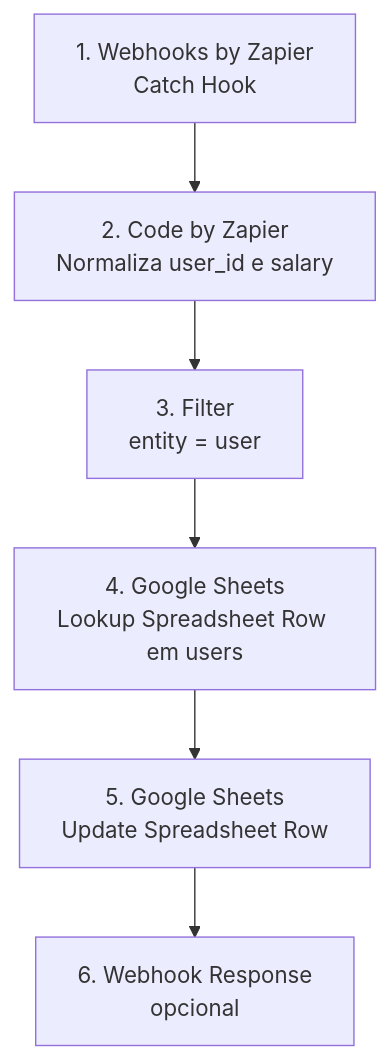
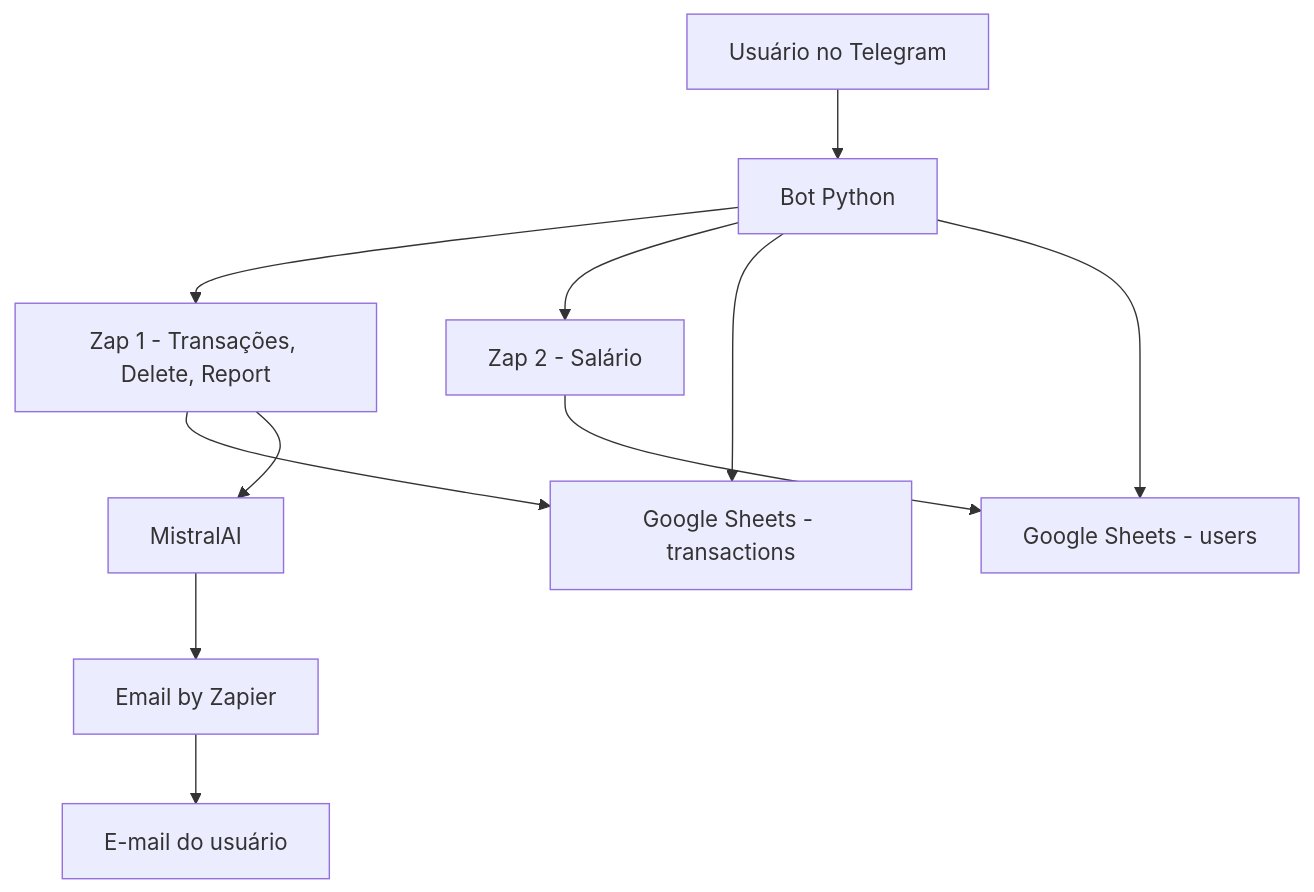
Before and after one commit to joaa0/FinLeo: the diagram in README.md, drawn with Mermaid. The commit also changed other lines of this file and 3 other files, not shown here.

````diff
--- a/README.md
+++ b/README.md
@@ -120,8 +31,13 @@
 ```mermaid
 graph TD
-    A[1. Webhooks by Zapier\nCatch Hook] --> B[2. Code by Zapier\nNormaliza user_id e salary]
-    B --> C[3. Filter\nentity = user]
-    C --> D[4. Google Sheets\nLookup Spreadsheet Row em users]
-    D --> E[5. Google Sheets\nUpdate Spreadsheet Row]
-    E --> F[6. Webhook Response\nopcional]
+    A[Usuário no Telegram] --> B[Bot Python]
+    B --> C[Zap 1 - Transações, Delete, Report]
+    B --> D[Zap 2 - Salário]
+    C --> E[Google Sheets - transactions]
+    D --> F[Google Sheets - users]
+    C --> G[MistralAI]
+    G --> H[Email by Zapier]
+    H --> I[E-mail do usuário]
+    B --> E
+    B --> F
 ```
````
